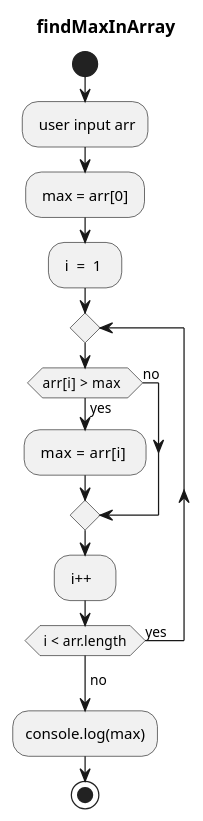
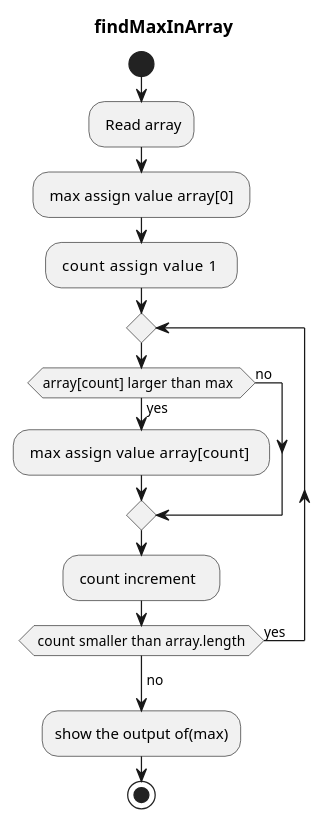
One commit to codingPhuc/B-i-t-p-nh-p-m-n-l-p-tr-nh changed the diagram in diagram/2a.wsd. Above: the diagram before and after it, drawn with PlantUML. The commit also changed 102 other files, not shown here.

```diff
--- a/diagram/2a.wsd
+++ b/diagram/2a.wsd
@@ -1,17 +1,17 @@
 @startuml 
     title  findMaxInArray   
     start
-    : user input arr;
-    : max = arr[0] ; 
-    : i  =  1  ;  
+    : Read array;
+    : max assign value  array[0] ; 
+    : count  assign value   1  ;  
     repeat 
-    if(arr[i] >  max  ) then (yes)
-        : max =  arr[i]  ; 
+    if(array[count] larger than  max  ) then (yes)
+        : max assign value   array[count]  ; 
     else (no) 
     endif 
-    : i++   ;
-    repeat  while ( i < arr.length ) is(yes)
+    : count increment   ;
+    repeat  while ( count smaller than  array.length ) is(yes)
     -> no ; 
-    :console.log(max);
+    :show the output of(max);
     stop
 @enduml
```
